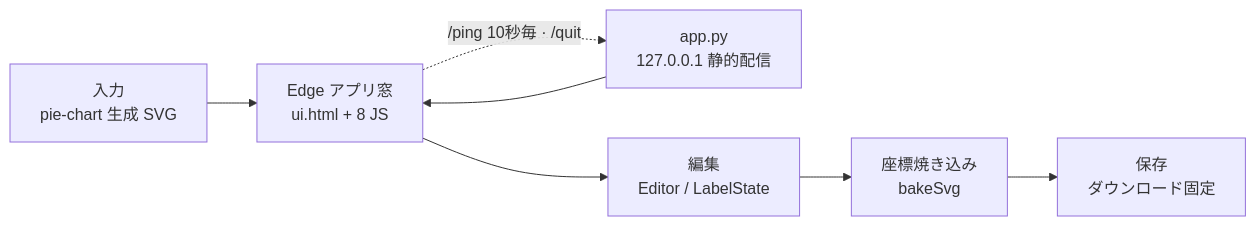
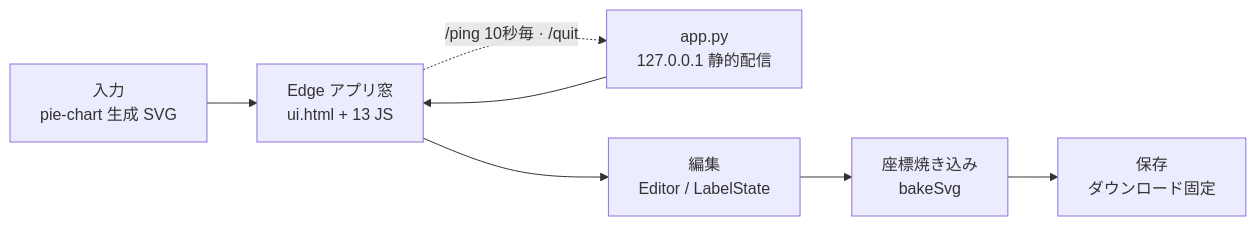
The diagram in docs/graph-editor/src/設計正典.md (koichi-araki-0801/workspace), drawn with Mermaid before and after one commit. The commit also changed other lines of this file and 31 other files, not shown here.

````diff
--- a/docs/graph-editor/src/設計正典.md
+++ b/docs/graph-editor/src/設計正典.md
@@ -19,9 +20,9 @@
 ```mermaid
 flowchart LR
-  PIE["入力<br/>pie-chart 生成 SVG"] --> UI["Edge アプリ窓<br/>ui.html + 8 JS"]
+  PIE["入力<br/>pie-chart 生成 SVG"] --> UI["Edge アプリ窓<br/>ui.html + 13 JS"]
   APPY["app.py<br/>127.0.0.1 静的配信"] --> UI
   UI --> EDIT["編集<br/>Editor / LabelState"]
   EDIT --> BAKE["座標焼き込み<br/>bakeSvg"]
   BAKE --> OUT["保存<br/>ダウンロード固定"]
   UI -. "/ping 10秒毎 · /quit" .-> APPY
 ```
````
